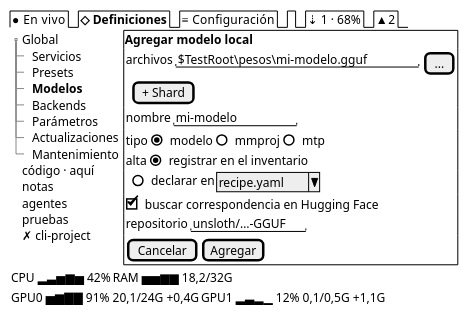
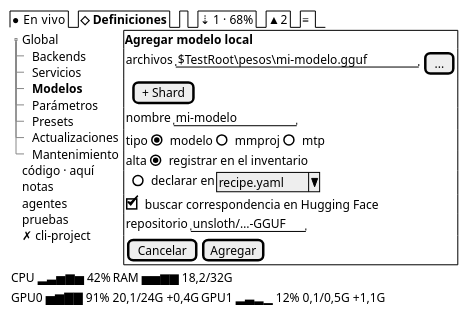
Before and after one commit to mstranich/coquena: the diagram in docs/design/tui/S-modal-agregar-modelo-local.salt.puml, drawn with PlantUML. The commit also changed 43 other files, not shown here.

```diff
--- a/docs/design/tui/S-modal-agregar-modelo-local.salt.puml
+++ b/docs/design/tui/S-modal-agregar-modelo-local.salt.puml
@@ -1,37 +1,37 @@
 @startsalt
 {
-  {/ ● En vivo | <b>◇ Definiciones | ≡ Configuración | . | ⇣ 1 · 68% | ▲ 2 }
+  {/ ● En vivo | <b>◇ Definiciones | . | ⇣ 1 · 68% | ▲ 2 | ≡ }
   {
     {
     {T
       + Global
+      ++ Backends
       ++ Servicios
+      ++ <b>Modelos
+      ++ Parámetros
       ++ Presets
-      ++ <b>Modelos
-      ++ Backends
-      ++ Parámetros
       ++ Actualizaciones
       ++ Mantenimiento
       + código · aquí
       + notas
       + agentes
       + pruebas
       + ✗ cli-project
     }
     } | {+
       <b>Agregar modelo local
       { archivos | "$TestRoot\pesos\mi-modelo.gguf" | [...] }
       { . | [+ Shard] }
       { nombre | "mi-modelo      " }
       { tipo | (X) modelo | ( ) mmproj | ( ) mtp }
       { alta | (X) registrar en el inventario }
       { . | ( ) declarar en | ^recipe.yaml^ }
       [X] buscar correspondencia en Hugging Face
       { repositorio | "unsloth/…-GGUF" }
       { [Cancelar] | [Agregar] }
     }
   }
   { CPU ▂▃▅▆▅ 42% | RAM ▅▅▆▆ 18,2/32G }
   { GPU0 ▅▆▇▇ 91% 20,1/24G +0,4G | GPU1 ▂▃▂▁ 12% 0,1/0,5G +1,1G }
 }
 @endsalt
```
